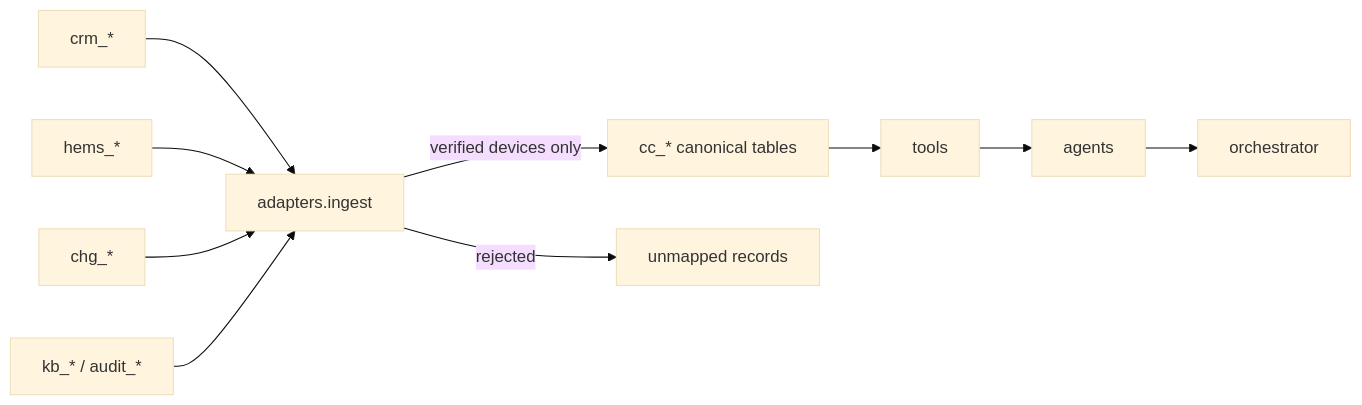
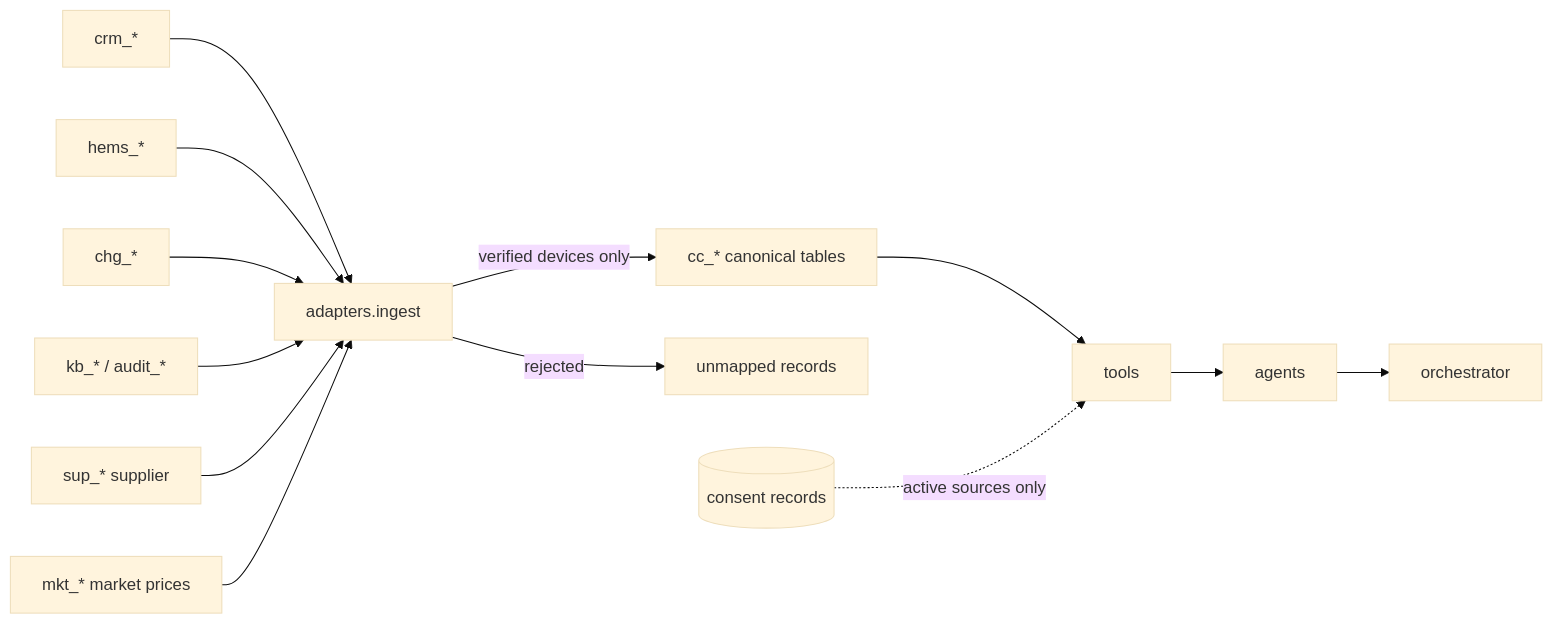
The third of 7 diagrams in docs/TECHNICAL.md (hannahthwe/energyos), drawn with Mermaid (base theme) before and after one commit. The commit also changed other lines of this file and 26 other files, not shown here.

````diff
--- a/docs/TECHNICAL.md
+++ b/docs/TECHNICAL.md
@@ -168,10 +173,13 @@
 ```mermaid
 flowchart LR
   CRM[crm_*] --> A[adapters.ingest]
   HEMS[hems_*] --> A
   CHG[chg_*] --> A
   KB[kb_* / audit_*] --> A
+  SUP[sup_* supplier] --> A
+  MKT[mkt_* market prices] --> A
   A -->|verified devices only| CC[cc_* canonical tables]
   A -->|rejected| UN[unmapped records]
   CC --> T[tools] --> AG[agents] --> O[orchestrator]
+  CON[(consent records)] -.->|active sources only| T
 ```
````
